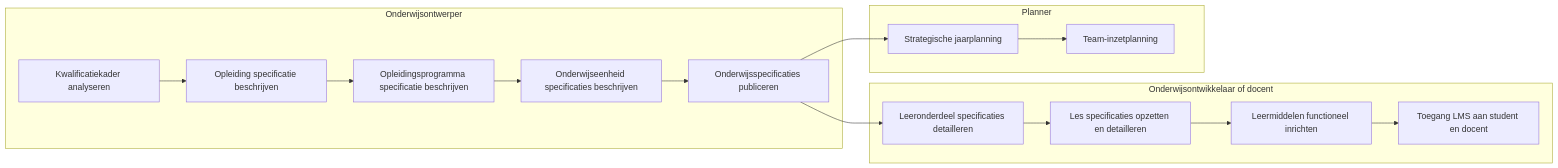
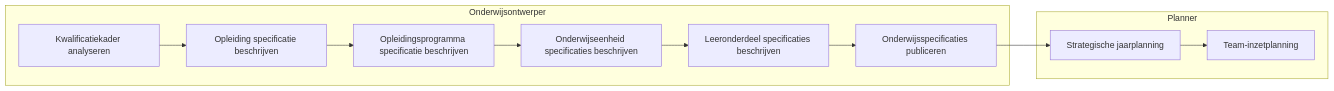
Before and after one commit to Npuls-OKx/meta: the first of 3 diagrams in presentaties/src/260929_werkgroep_okx_voortgang.md, drawn with Mermaid. The commit also changed other lines of this file and 2 other files, not shown here.

````diff
--- a/presentaties/src/260929_werkgroep_okx_voortgang.md
+++ b/presentaties/src/260929_werkgroep_okx_voortgang.md
@@ -173,14 +173,10 @@
 ```mermaid {theme: 'base', scale: 0.58, themeVariables: {'fontFamily': 'General Sans, Inter, sans-serif', 'fontSize': '15px', 'primaryColor': '#FFFFFF', 'primaryBorderColor': '#3D68EC', 'primaryTextColor': '#1B2A6B', 'lineColor': '#DD784B', 'clusterBkg': '#F7F8FB', 'clusterBorder': '#3D68EC', 'edgeLabelBackground': '#FFFFFF'}}
 flowchart LR
   subgraph OO["Onderwijsontwerper"]
-    OO1[Kwalificatiekader analyseren] --> OO2[Opleiding specificatie beschrijven] --> OO3[Opleidingsprogramma specificatie beschrijven] --> OO4[Onderwijseenheid specificaties beschrijven] --> OO5[Onderwijsspecificaties publiceren]
-  end
-  subgraph OW["Onderwijsontwikkelaar of docent"]
-    OW1[Leeronderdeel specificaties detailleren] --> OW2[Les specificaties opzetten en detailleren] --> OW3[Leermiddelen functioneel inrichten] --> OW4[Toegang LMS aan student en docent]
+    OO1[Kwalificatiekader analyseren] --> OO2[Opleiding specificatie beschrijven] --> OO3[Opleidingsprogramma specificatie beschrijven] --> OO4[Onderwijseenheid specificaties beschrijven] --> OO5[Leeronderdeel specificaties beschrijven] --> OO6[Onderwijsspecificaties publiceren]
   end
   subgraph PL["Planner"]
     PL1[Strategische jaarplanning] --> PL2[Team-inzetplanning]
   end
-  OO5 --> OW1
-  OO5 --> PL1
+  OO6 --> PL1
 ```
````
